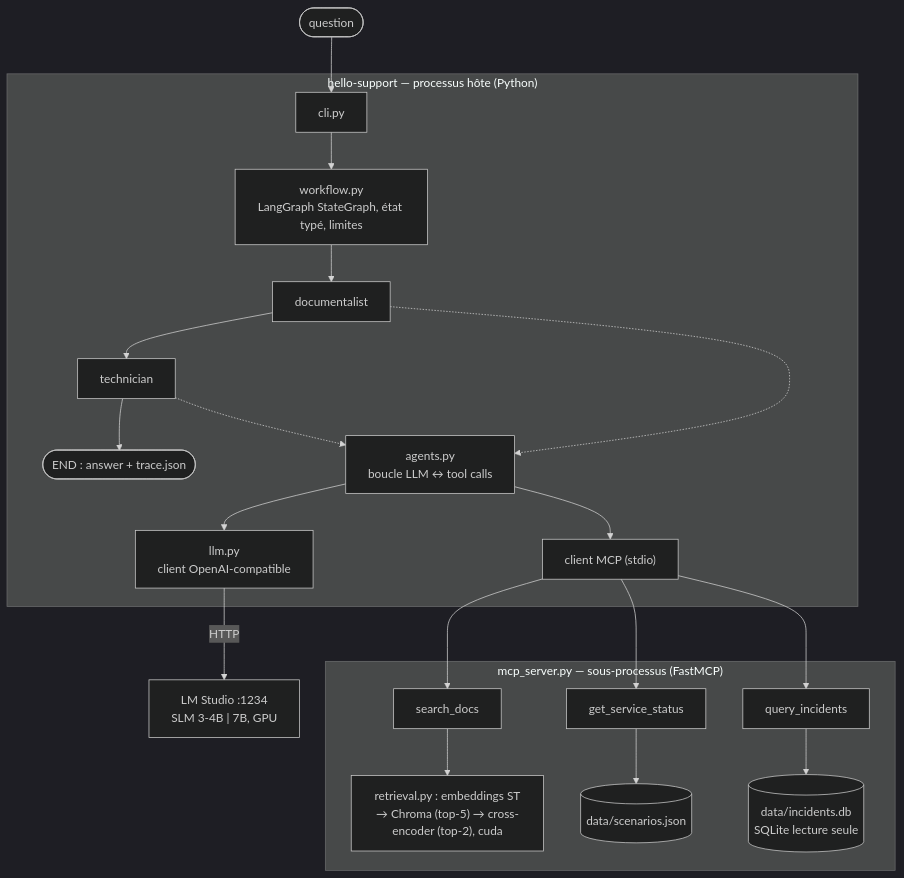
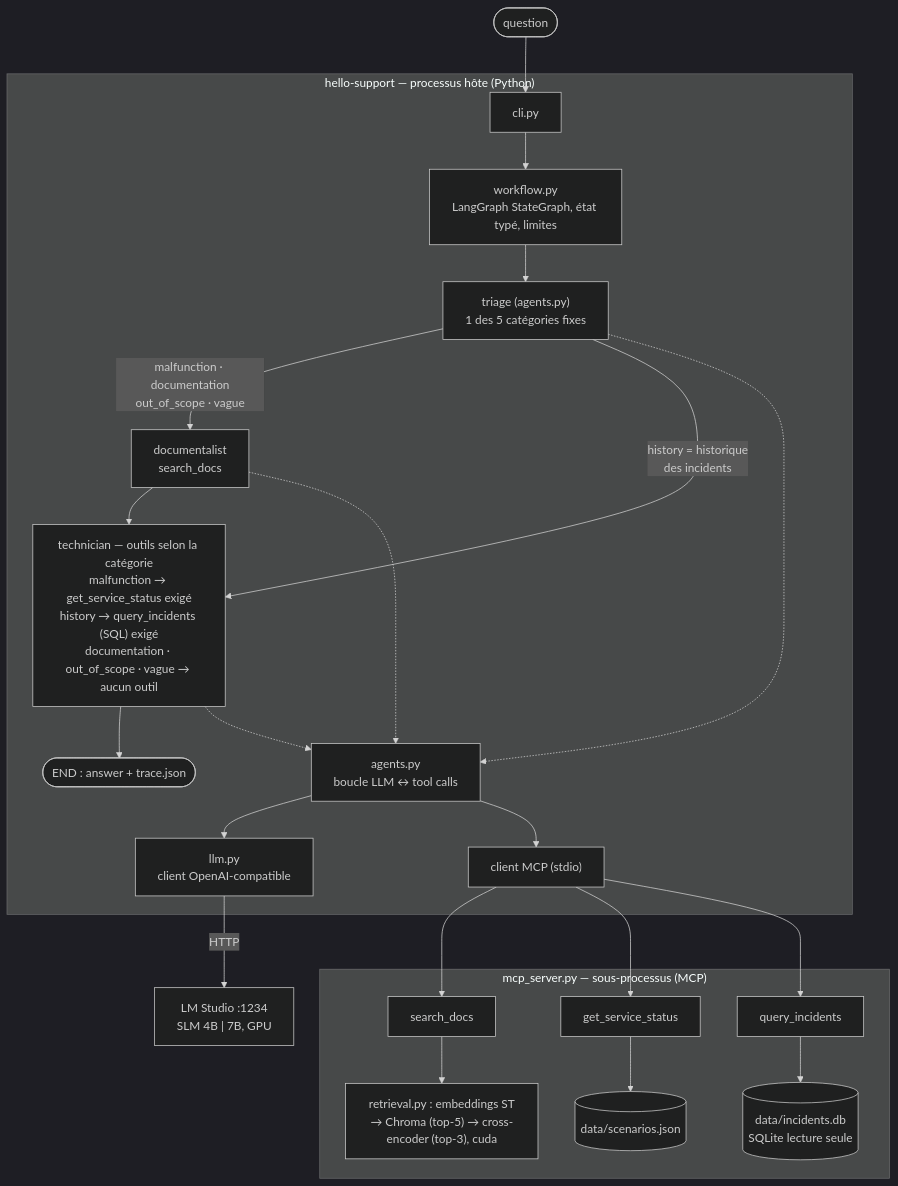
One commit to StephaneHe/HelloSupport changed the diagram in docs/SPEC.md. Above: the diagram before and after it, drawn with Mermaid (dark theme). The commit also changed 6 other files, not shown here.

First line of the commit message:
Show the five fixed triage categories in the architecture diagrams (v1.9.2)

````diff
--- a/docs/SPEC.md
+++ b/docs/SPEC.md
@@ -88,25 +88,29 @@
 ```mermaid
 flowchart TB
     Q(["question"]) --> CLI
 
     subgraph HOST["hello-support — processus hôte (Python)"]
         CLI["cli.py"] --> WF["workflow.py<br/>LangGraph StateGraph, état typé, limites"]
-        WF --> DOC["documentalist"] --> TEC["technician"] --> FIN(["END : answer + trace.json"])
+        WF --> TRI["triage (agents.py)<br/>1 des 5 catégories fixes"]
+        TRI -->|"malfunction · documentation<br/>out_of_scope · vague"| DOC["documentalist<br/>search_docs"]
+        TRI -->|"history = historique<br/>des incidents"| TEC
+        DOC --> TEC["technician — outils selon la catégorie<br/>malfunction → get_service_status exigé<br/>history → query_incidents (SQL) exigé<br/>documentation · out_of_scope · vague → aucun outil"]
+        TEC --> FIN(["END : answer + trace.json"])
         AG["agents.py<br/>boucle LLM ↔ tool calls"]
         LLM["llm.py<br/>client OpenAI-compatible"]
         MC["client MCP (stdio)"]
-        DOC & TEC -.-> AG
+        TRI & DOC & TEC -.-> AG
         AG --> LLM
         AG --> MC
     end
 
-    LLM -- "HTTP" --> LMS["LM Studio :1234<br/>SLM 3-4B | 7B, GPU"]
+    LLM -- "HTTP" --> LMS["LM Studio :1234<br/>SLM 4B | 7B, GPU"]
 
-    subgraph SRV["mcp_server.py — sous-processus (FastMCP)"]
-        T1["search_docs"] --> R["retrieval.py : embeddings ST<br/>→ Chroma (top-5) → cross-encoder (top-2), cuda"]
+    subgraph SRV["mcp_server.py — sous-processus (MCP)"]
+        T1["search_docs"] --> R["retrieval.py : embeddings ST<br/>→ Chroma (top-5) → cross-encoder (top-3), cuda"]
         T2["get_service_status"] --> SC[("data/scenarios.json")]
         T3["query_incidents"] --> DB[("data/incidents.db<br/>SQLite lecture seule")]
     end
 
     MC --> T1 & T2 & T3
 ```
````
